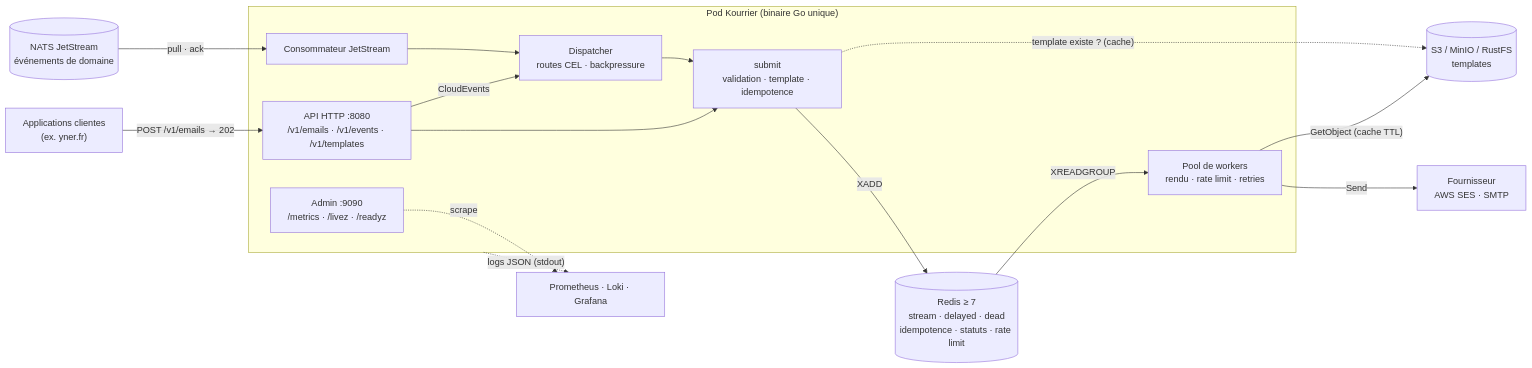
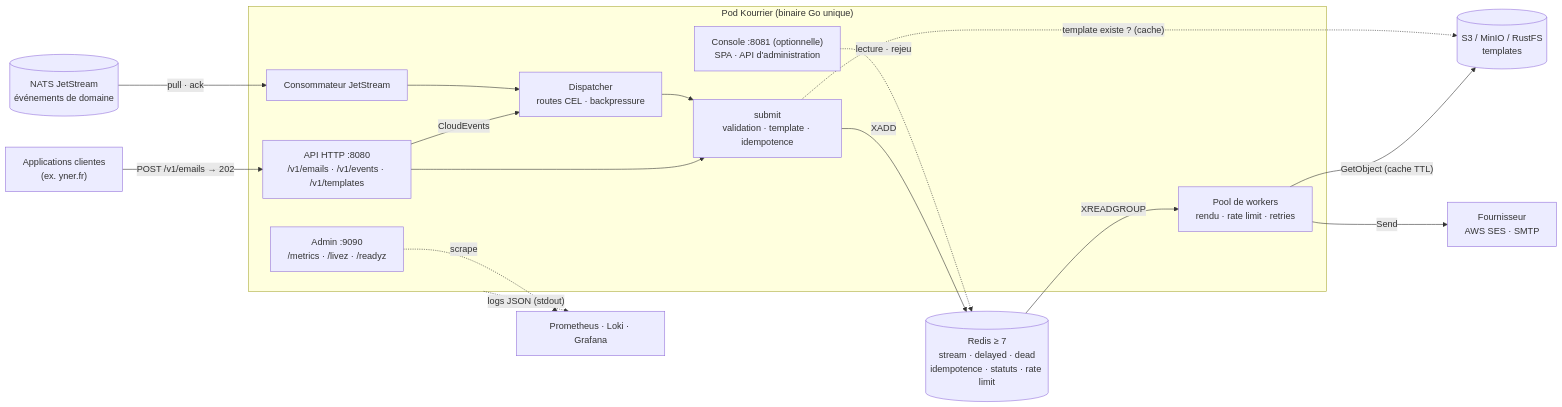
Before and after one commit to theo-mrn/Kourrier: the first of 2 diagrams in docs/architecture.md, drawn with Mermaid. The commit also changed other lines of this file and 3 other files, not shown here.

First line of the commit message:
docs: administration console guide

````diff
--- a/docs/architecture.md
+++ b/docs/architecture.md
@@ -7,33 +7,35 @@
 ```mermaid
 flowchart LR
     client["Applications clientes<br/>(ex. yner.fr)"]
     bus[("NATS JetStream<br/>événements de domaine")]
 
     subgraph pod["Pod Kourrier (binaire Go unique)"]
         api["API HTTP :8080<br/>/v1/emails · /v1/events · /v1/templates"]
         cons["Consommateur JetStream"]
         disp["Dispatcher<br/>routes CEL · backpressure"]
         submit["submit<br/>validation · template · idempotence"]
         workers["Pool de workers<br/>rendu · rate limit · retries"]
         admin["Admin :9090<br/>/metrics · /livez · /readyz"]
+        console["Console :8081 (optionnelle)<br/>SPA · API d'administration"]
     end
 
     redis[("Redis ≥ 7<br/>stream · delayed · dead<br/>idempotence · statuts · rate limit")]
     s3[("S3 / MinIO / RustFS<br/>templates")]
     provider["Fournisseur<br/>AWS SES · SMTP"]
     obs["Prometheus · Loki · Grafana"]
 
     client -- "POST /v1/emails → 202" --> api
     bus -- "pull · ack" --> cons
     api -- "CloudEvents" --> disp
     cons --> disp
     api --> submit
     disp --> submit
     submit -- "XADD" --> redis
     redis -- "XREADGROUP" --> workers
     workers -- "GetObject (cache TTL)" --> s3
     submit -. "template existe ? (cache)" .-> s3
     workers -- "Send" --> provider
     admin -. scrape .-> obs
+    console -. "lecture · rejeu" .-> redis
     pod -. "logs JSON (stdout)" .-> obs
 ```
````
